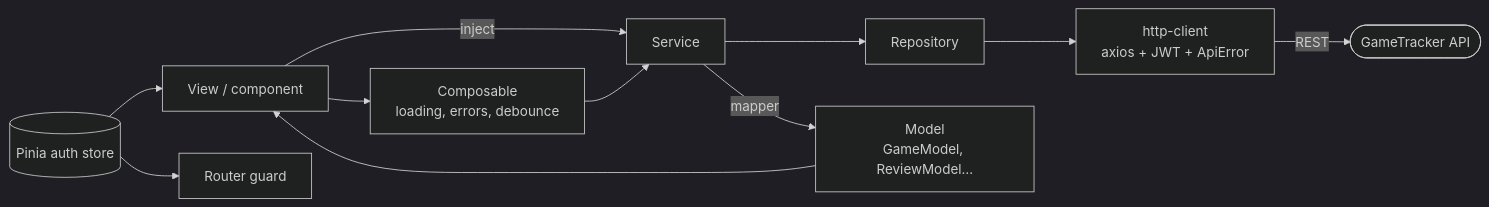
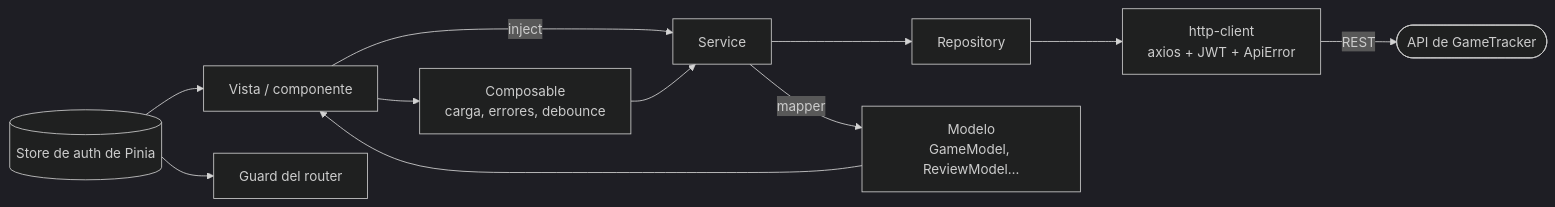
Before and after one commit to joseang1/gametracker-frontend: the first of 2 diagrams in README.md, drawn with Mermaid (dark theme). The commit also changed other lines of this file, not shown here.

````diff
--- a/README.md
+++ b/README.md
@@ -146,13 +146,13 @@
 ```mermaid
 flowchart LR
-    View[View / component] -->|inject| Service
-    View --> Composable[Composable<br/>loading, errors, debounce]
+    View[Vista / componente] -->|inject| Service
+    View --> Composable[Composable<br/>carga, errores, debounce]
     Composable --> Service
     Service --> Repository
     Repository --> Http[http-client<br/>axios + JWT + ApiError]
-    Http -->|REST| API([GameTracker API])
-    Service -->|mapper| Model[Model<br/>GameModel, ReviewModel…]
+    Http -->|REST| API([API de GameTracker])
+    Service -->|mapper| Model[Modelo<br/>GameModel, ReviewModel…]
     Model --> View
-    Store[(Pinia auth store)] --> Guard[Router guard]
+    Store[(Store de auth de Pinia)] --> Guard[Guard del router]
     Store --> View
 ```
````
